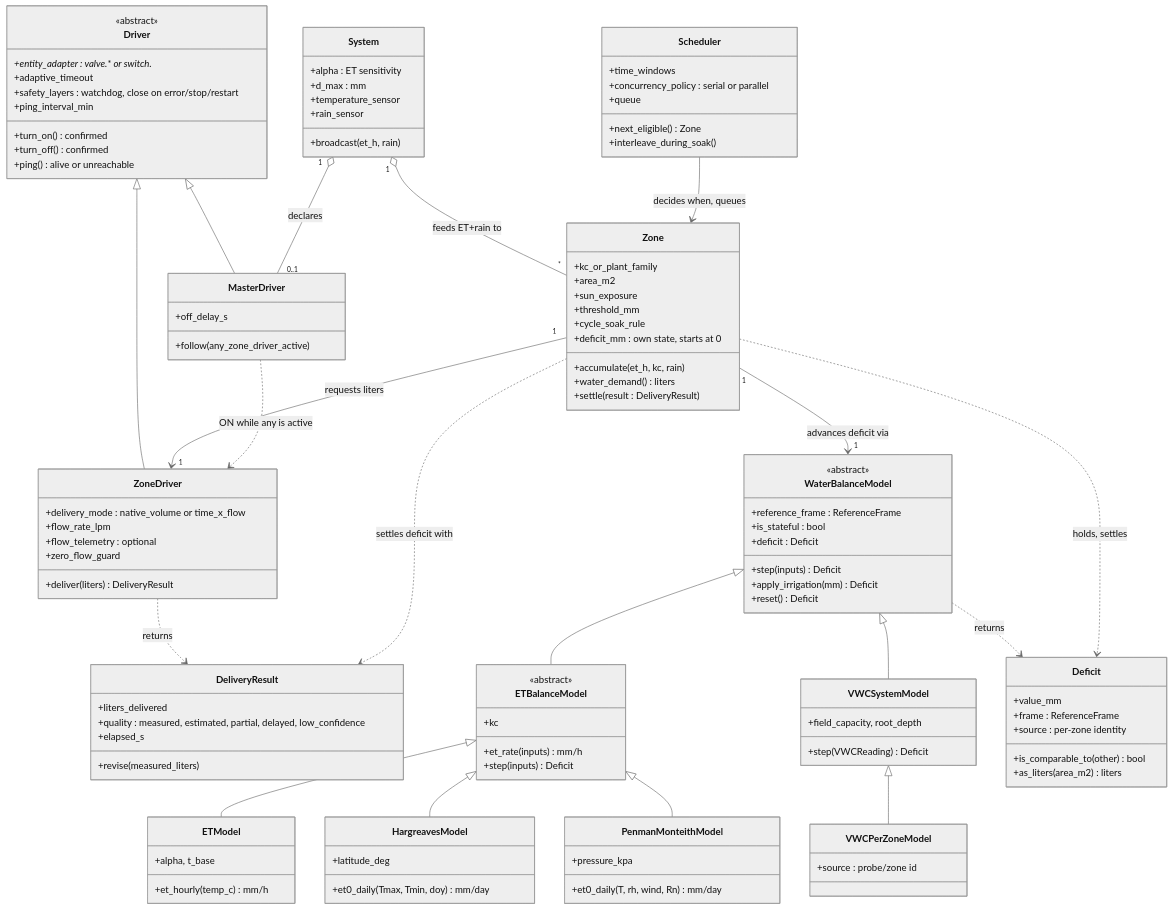
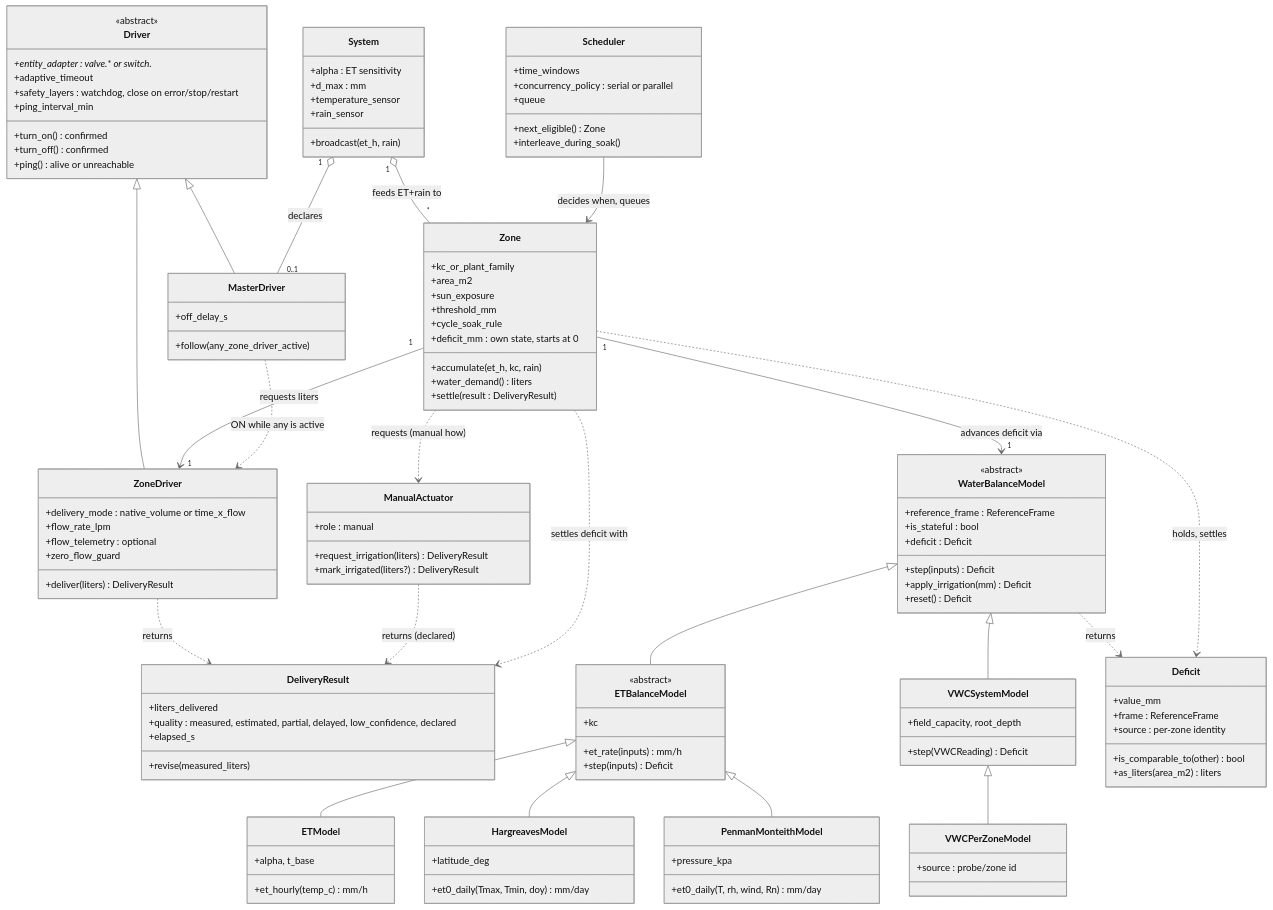
The diagram in docs/design_domain_object_model.md (MetheLittle/NeverDry), drawn with Mermaid (neutral theme) before and after one commit. The commit also changed other lines of this file and 1 other file, not shown here.

First line of the commit message:
feat(actuator): add valve-less ManualActuator for hand-watered plants

```diff
--- a/docs/design_domain_object_model.md
+++ b/docs/design_domain_object_model.md
@@ -148,9 +148,15 @@
         +follow(any_zone_driver_active)
     }
 
+    class ManualActuator {
+        +role : manual
+        +request_irrigation(liters) DeliveryResult
+        +mark_irrigated(liters?) DeliveryResult
+    }
+
     class DeliveryResult {
         +liters_delivered
-        +quality : measured, estimated, partial, delayed, low_confidence
+        +quality : measured, estimated, partial, delayed, low_confidence, declared
         +elapsed_s
         +revise(measured_liters)
     }
@@ -219,6 +225,8 @@
     Zone ..> Deficit : holds, settles
     Zone "1" --> "1" ZoneDriver : requests liters
     ZoneDriver ..> DeliveryResult : returns
+    Zone ..> ManualActuator : requests (manual how)
+    ManualActuator ..> DeliveryResult : returns (declared)
     Zone ..> DeliveryResult : settles deficit with
     Scheduler --> Zone : decides when, queues
     MasterDriver ..> ZoneDriver : ON while any is active
```
